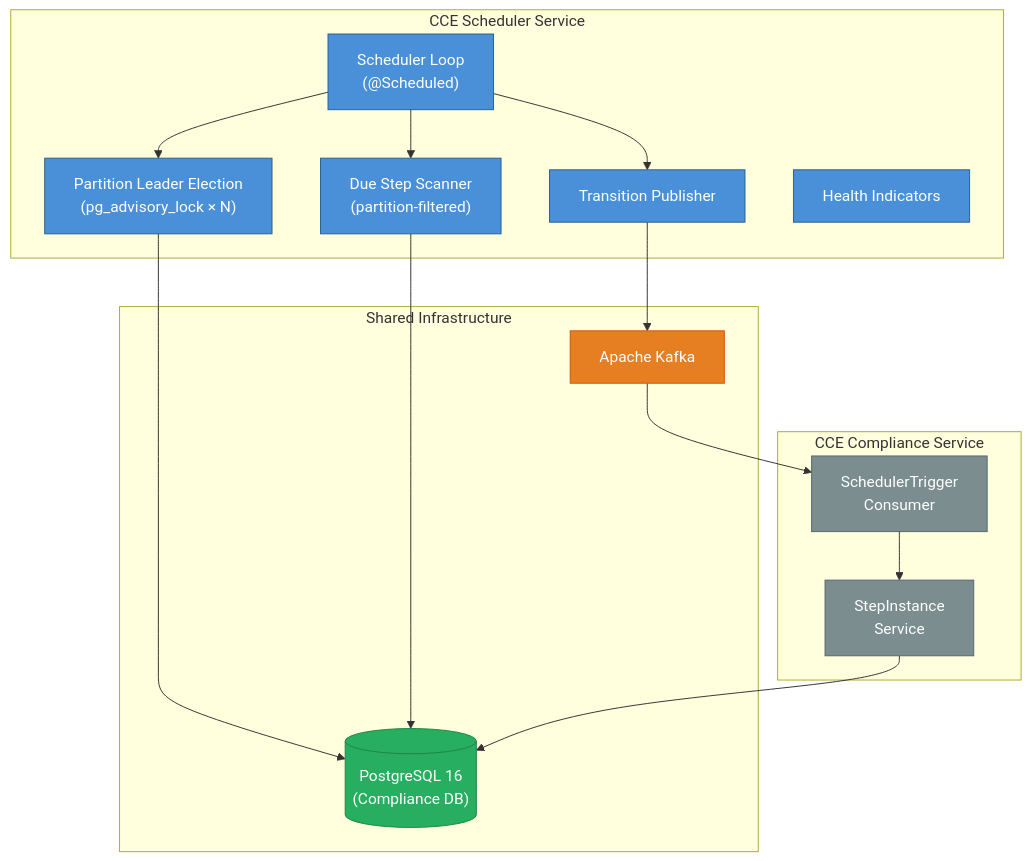
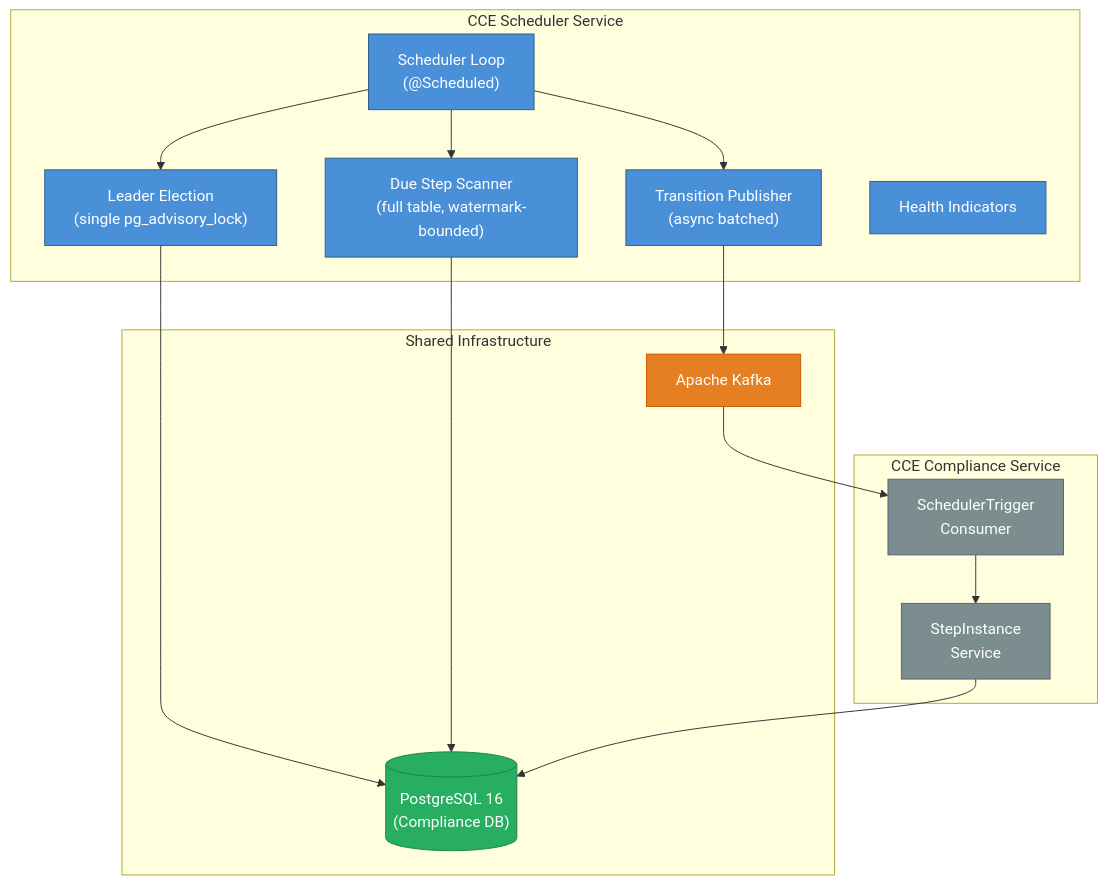
Before and after one commit to Jayaprakash8887/cce-scheduler-service: the diagram in docs/architecture-overview.md, drawn with Mermaid. The commit also changed other lines of this file and 31 other files, not shown here.

````diff
--- a/docs/architecture-overview.md
+++ b/docs/architecture-overview.md
@@ -7,40 +7,40 @@
 ```mermaid
 graph TB
     subgraph CCE Scheduler Service
-        LEADER["Partition Leader Election<br/>(pg_advisory_lock × N)"]
+        LEADER["Leader Election<br/>(single pg_advisory_lock)"]
         LOOP["Scheduler Loop<br/>(@Scheduled)"]
-        SCANNER["Due Step Scanner<br/>(partition-filtered)"]
-        PUBLISHER["Transition Publisher"]
+        SCANNER["Due Step Scanner<br/>(full table, watermark-bounded)"]
+        PUBLISHER["Transition Publisher<br/>(async batched)"]
         HEALTH["Health Indicators"]
     end
 
     subgraph Shared Infrastructure
         DB[("PostgreSQL 16<br/>(Compliance DB)")]
         KAFKA["Apache Kafka"]
     end
 
     subgraph CCE Compliance Service
         CONSUMER["SchedulerTrigger<br/>Consumer"]
         STEP_SVC["StepInstance<br/>Service"]
     end
 
     LEADER --> DB
     LOOP --> LEADER
     LOOP --> SCANNER
     LOOP --> PUBLISHER
     SCANNER --> DB
     PUBLISHER --> KAFKA
     KAFKA --> CONSUMER
     CONSUMER --> STEP_SVC
     STEP_SVC --> DB
 
     classDef service fill:#4A90D9,stroke:#2C5F8A,color:white
     classDef data fill:#27AE60,stroke:#1E8449,color:white
     classDef broker fill:#E67E22,stroke:#D35400,color:white
     classDef external fill:#7B8D8E,stroke:#566573,color:white
 
     class LEADER,LOOP,SCANNER,PUBLISHER,HEALTH service
     class DB data
     class KAFKA broker
     class CONSUMER,STEP_SVC external
 ```
````
